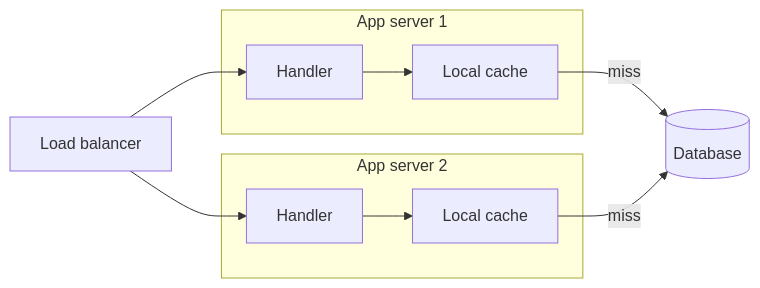
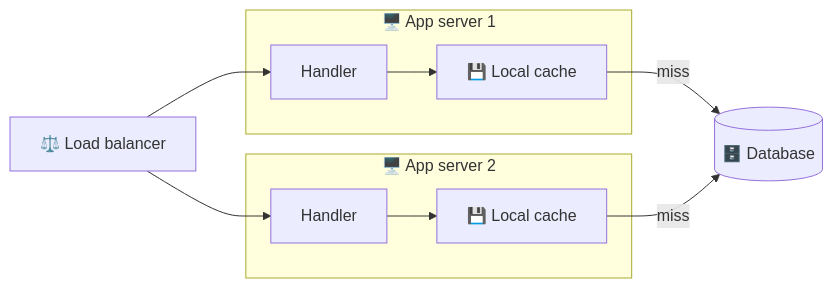
One commit to visheshkodwani/HLD changed the fourth of 13 diagrams in hello-interview/core-concepts/caching.md. Above: the diagram before and after it, drawn with Mermaid. The commit also changed other lines of this file and 7 other files, not shown here.

First line of the commit message:
Give HLD its own Ember theme, richer diagrams, sidebar sections

````diff
--- a/hello-interview/core-concepts/caching.md
+++ b/hello-interview/core-concepts/caching.md
@@ -167,13 +167,13 @@
 ```mermaid
 flowchart LR
-    subgraph S1["App server 1"]
-        H1["Handler"] --> L1["Local cache"]
+    subgraph S1["🖥️ App server 1"]
+        H1["Handler"] --> L1["💾 Local cache"]
     end
-    subgraph S2["App server 2"]
-        H2["Handler"] --> L2["Local cache"]
+    subgraph S2["🖥️ App server 2"]
+        H2["Handler"] --> L2["💾 Local cache"]
     end
-    LB["Load balancer"] --> H1
+    LB["⚖️ Load balancer"] --> H1
     LB --> H2
-    L1 -->|"miss"| D[("Database")]
+    L1 -->|"miss"| D[("🗄️ Database")]
     L2 -->|"miss"| D
 ```
````
